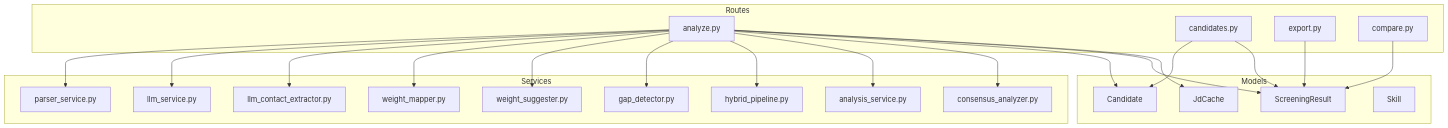
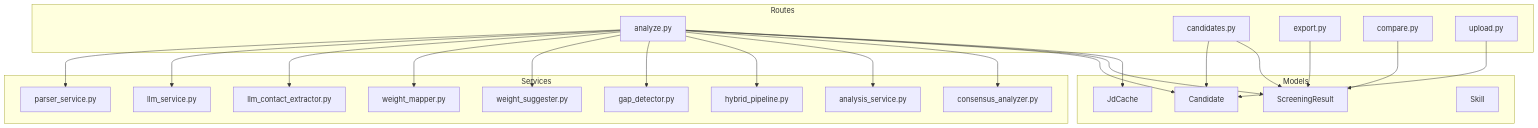
The first of 14 diagrams in .qoder/repowiki/en/content/Candidate Management/Candidate Management.md (Revanththetalogics/aireume), drawn with Mermaid before and after one commit. The commit also changed other lines of this file and 7 other files, not shown here.

````diff
--- a/.qoder/repowiki/en/content/Candidate Management/Candidate Management.md
+++ b/.qoder/repowiki/en/content/Candidate Management/Candidate Management.md
@@ -62,42 +63,44 @@
 ```mermaid
 graph TB
 subgraph "Models"
 C["Candidate"]
 SR["ScreeningResult"]
 JC["JdCache"]
 SK["Skill"]
 end
 subgraph "Services"
 PS["parser_service.py"]
 LS["llm_service.py"]
 LCE["llm_contact_extractor.py"]
 WM["weight_mapper.py"]
 WS["weight_suggester.py"]
 GD["gap_detector.py"]
 HP["hybrid_pipeline.py"]
 AS["analysis_service.py"]
 CA["consensus_analyzer.py"]
 end
 subgraph "Routes"
 RA["analyze.py"]
 RC["candidates.py"]
 RE["export.py"]
 RCM["compare.py"]
+RU["upload.py"]
 end
 RA --> PS
 RA --> LS
 RA --> LCE
 RA --> WM
 RA --> WS
 RA --> GD
 RA --> HP
 RA --> AS
 RA --> CA
 RA --> C
 RA --> SR
 RA --> JC
 RC --> C
 RC --> SR
 RE --> SR
 RCM --> SR
+RU --> C
 ```
````
